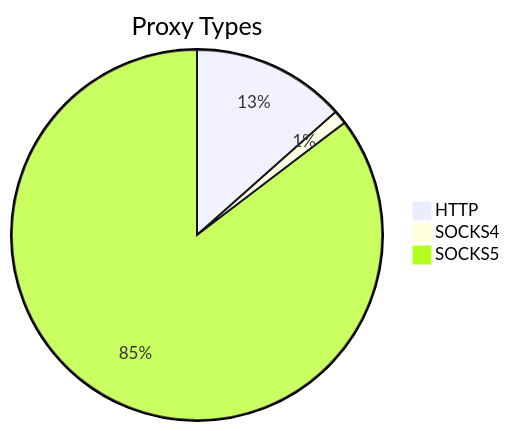
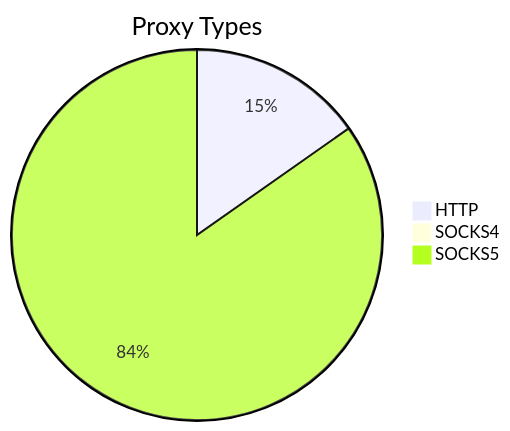
One commit to stormsia/proxy-list changed the first of 2 diagrams in README.md. Above: the diagram before and after it, drawn with Mermaid. The commit also changed other lines of this file, not shown here.

````diff
--- a/README.md
+++ b/README.md
@@ -21,6 +21,6 @@
 ```mermaid
 pie title Proxy Types
-    "HTTP" : 476
-    "SOCKS4" : 43
-    "SOCKS5" : 3022
+    "HTTP" : 555
+    "SOCKS4" : 17
+    "SOCKS5" : 3083
 ```
````
